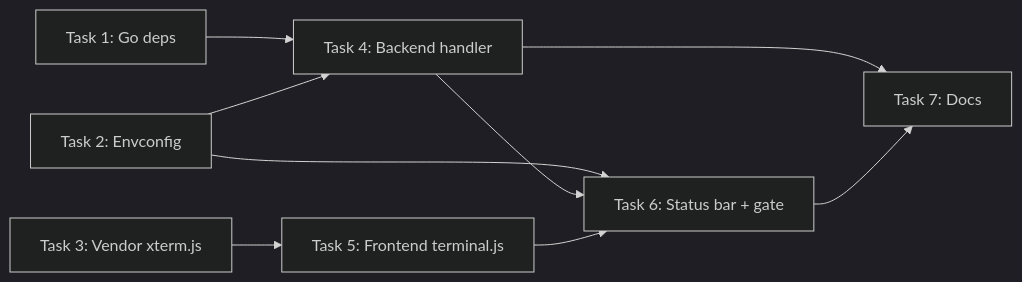
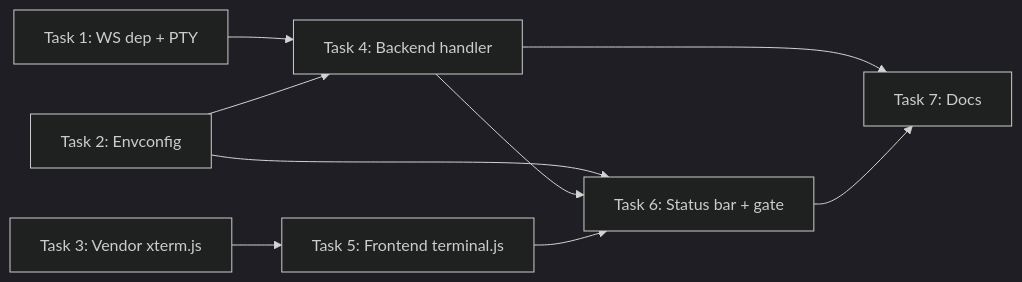
One commit to changkun/wallfacer changed the diagram in specs/05-host-terminal.md. Above: the diagram before and after it, drawn with Mermaid (dark theme). The commit also changed other lines of this file and 2 other files, not shown here.

Commit message:
specs: drop creack/pty dep, inline PTY via internal/pty package

````diff
--- a/specs/05-host-terminal.md
+++ b/specs/05-host-terminal.md
@@ -315,11 +319,11 @@
 ```mermaid
 graph LR
-  1[Task 1: Go deps] --> 4[Task 4: Backend handler]
+  1[Task 1: WS dep + PTY] --> 4[Task 4: Backend handler]
   2[Task 2: Envconfig] --> 4
   2 --> 6[Task 6: Status bar + gate]
   3[Task 3: Vendor xterm.js] --> 5[Task 5: Frontend terminal.js]
   4 --> 6
   5 --> 6
   4 --> 7[Task 7: Docs]
   6 --> 7
 ```
````
